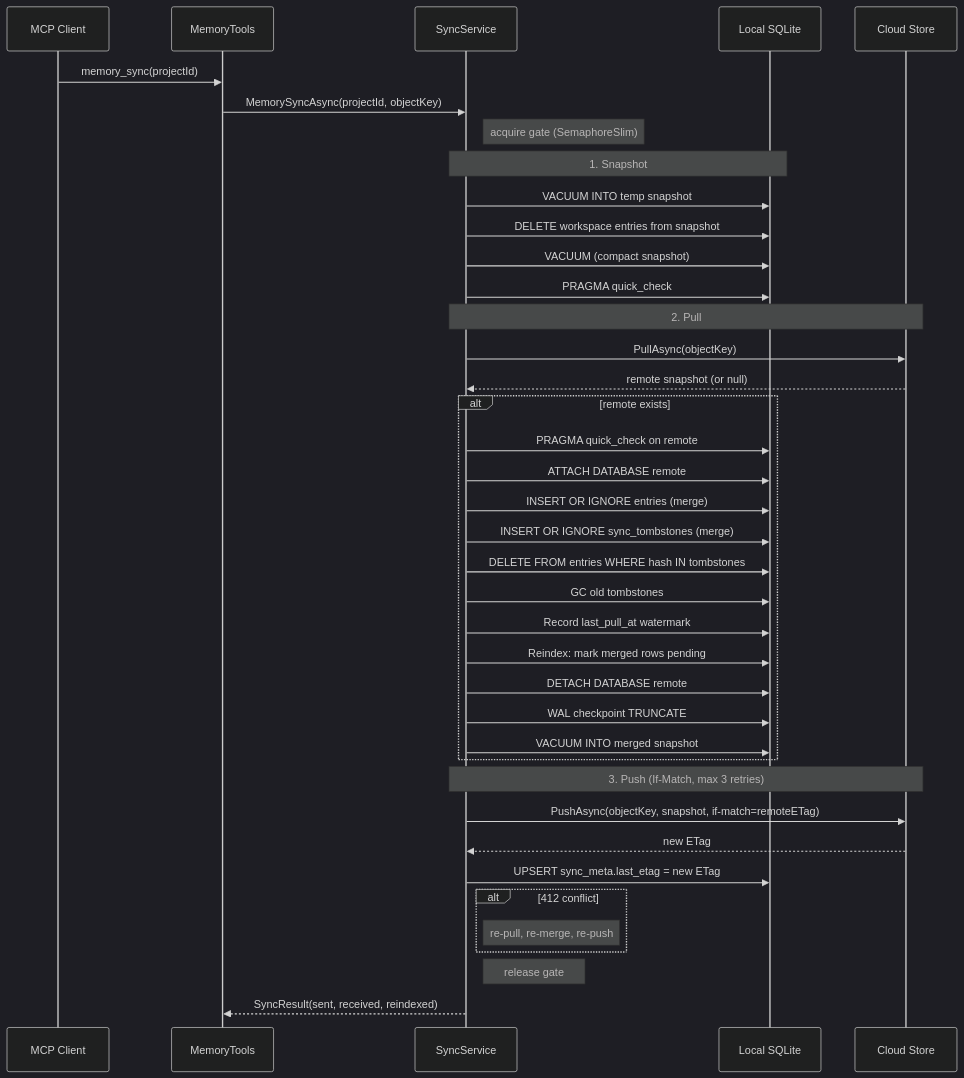
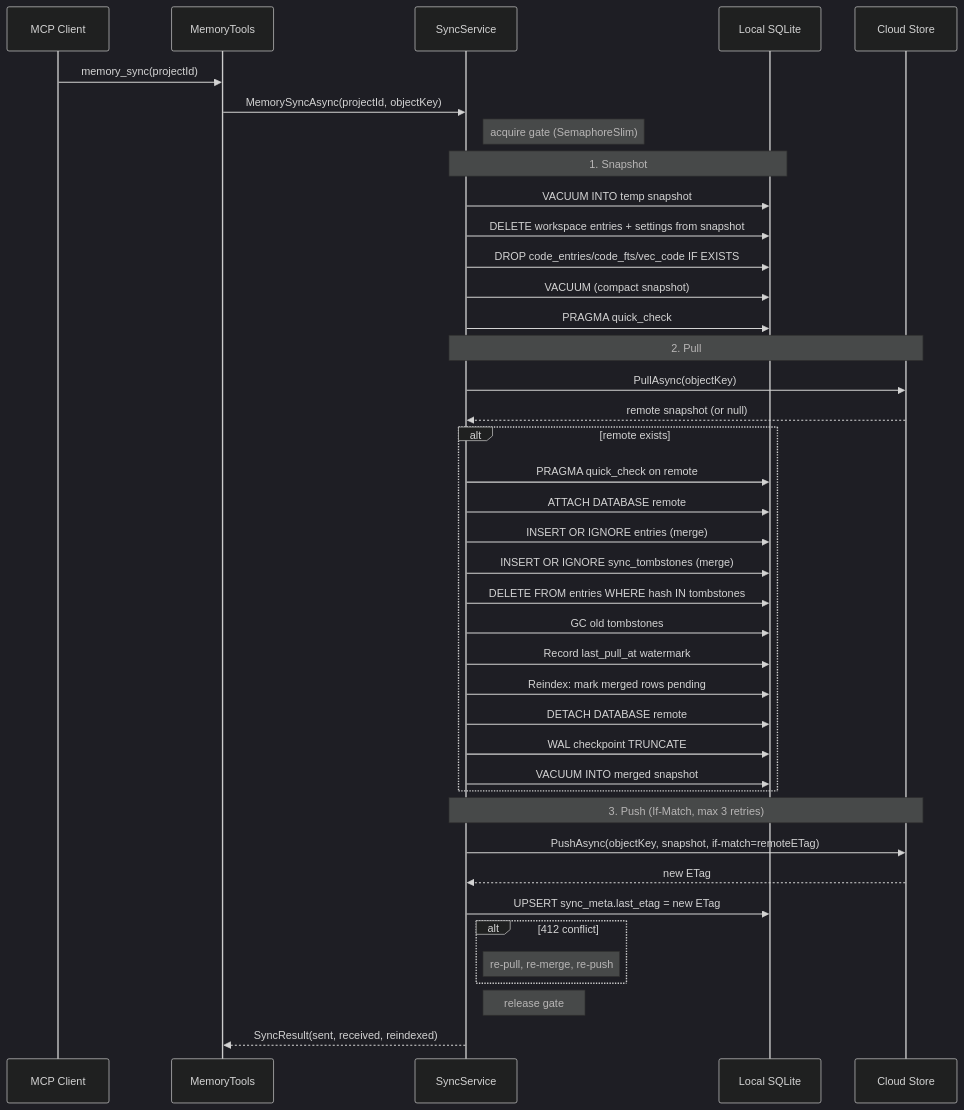
One commit to Arasz/ai-raccoon changed the fifth of 7 diagrams in docs/explanation/architecture.md. Above: the diagram before and after it, drawn with Mermaid (dark theme). The commit also changed other lines of this file and 5 other files, not shown here.

First line of the commit message:
feat(sync): DROP-strip the code corpus from every pushed snapshot (WP7-partial)

````diff
--- a/docs/explanation/architecture.md
+++ b/docs/explanation/architecture.md
@@ -481,46 +481,47 @@
 ```mermaid
 sequenceDiagram
     participant C as MCP Client
     participant T as MemoryTools
     participant S as SyncService
     participant L as Local SQLite
     participant R as Cloud Store
 
     C->>T: memory_sync(projectId)
     T->>S: MemorySyncAsync(projectId, objectKey)
     Note right of S: acquire gate (SemaphoreSlim)
 
     Note over S,L: 1. Snapshot
     S->>L: VACUUM INTO temp snapshot
-    S->>L: DELETE workspace entries from snapshot
+    S->>L: DELETE workspace entries + settings from snapshot
+    S->>L: DROP code_entries/code_fts/vec_code IF EXISTS
     S->>L: VACUUM (compact snapshot)
     S->>L: PRAGMA quick_check
 
     Note over S,R: 2. Pull
     S->>R: PullAsync(objectKey)
     R-->>S: remote snapshot (or null)
     alt remote exists
         S->>L: PRAGMA quick_check on remote
         S->>L: ATTACH DATABASE remote
         S->>L: INSERT OR IGNORE entries (merge)
         S->>L: INSERT OR IGNORE sync_tombstones (merge)
         S->>L: DELETE FROM entries WHERE hash IN tombstones
         S->>L: GC old tombstones
         S->>L: Record last_pull_at watermark
         S->>L: Reindex: mark merged rows pending
         S->>L: DETACH DATABASE remote
         S->>L: WAL checkpoint TRUNCATE
         S->>L: VACUUM INTO merged snapshot
     end
 
     Note over S,R: 3. Push (If-Match, max 3 retries)
     S->>R: PushAsync(objectKey, snapshot, if-match=remoteETag)
     R-->>S: new ETag
     S->>L: UPSERT sync_meta.last_etag = new ETag
     alt 412 conflict
         Note right of S: re-pull, re-merge, re-push
     end
 
     Note right of S: release gate
     S-->>T: SyncResult(sent, received, reindexed)
 ```
````
